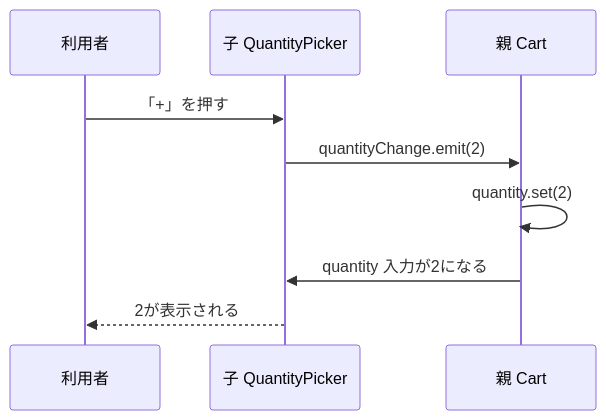
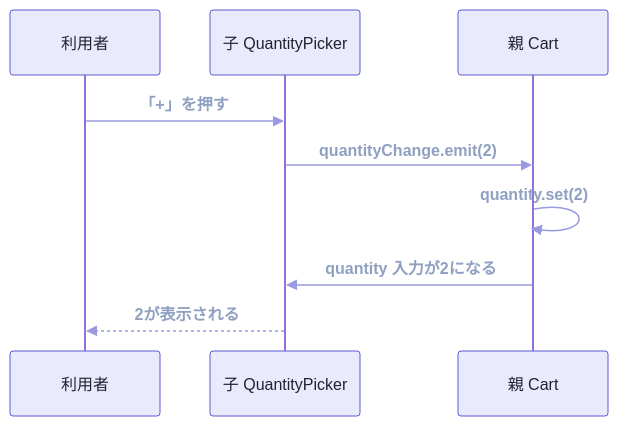
One commit to nagahara-naoki/zenn changed the second of 3 diagrams in articles/9b2e57a1c48d3f.md. Above: the diagram before and after it, drawn with Mermaid. The commit also changed other lines of this file, not shown here.

````diff
--- a/articles/9b2e57a1c48d3f.md
+++ b/articles/9b2e57a1c48d3f.md
@@ -264,11 +271,12 @@
 ```mermaid
+%%{init: {'sequence': {'messageFontWeight': 'bold', 'messageFontSize': 15}, 'themeVariables': {'actorBkg': '#eaeafd', 'actorBorder': '#5b5bd6', 'actorTextColor': '#1f2430', 'signalColor': '#9a9ae0', 'signalTextColor': '#8fa0c0', 'labelBoxBkgColor': '#eaeafd', 'labelTextColor': '#1f2430', 'noteBkgColor': '#eaeafd', 'noteTextColor': '#1f2430', 'noteBorderColor': '#5b5bd6'}}}%%
 sequenceDiagram
   participant U as 利用者
   participant C as 子 QuantityPicker
   participant P as 親 Cart
   U->>C: 「+」を押す
   C->>P: quantityChange.emit(2)
   P->>P: quantity.set(2)
   P->>C: quantity 入力が2になる
   C-->>U: 2が表示される
 ```
````
